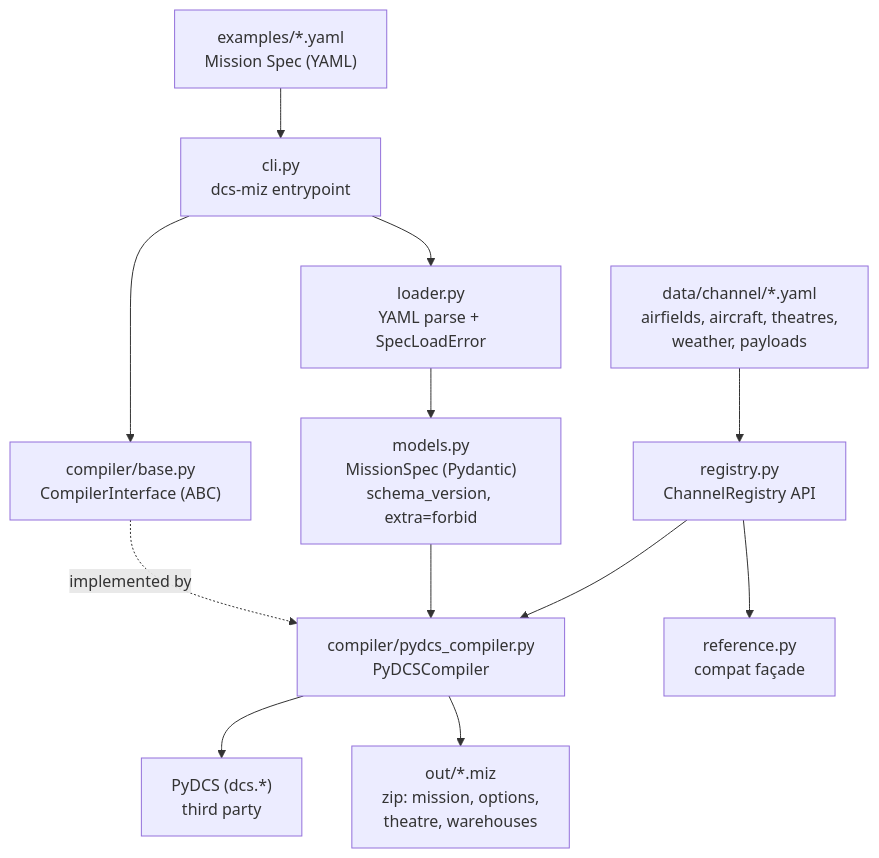
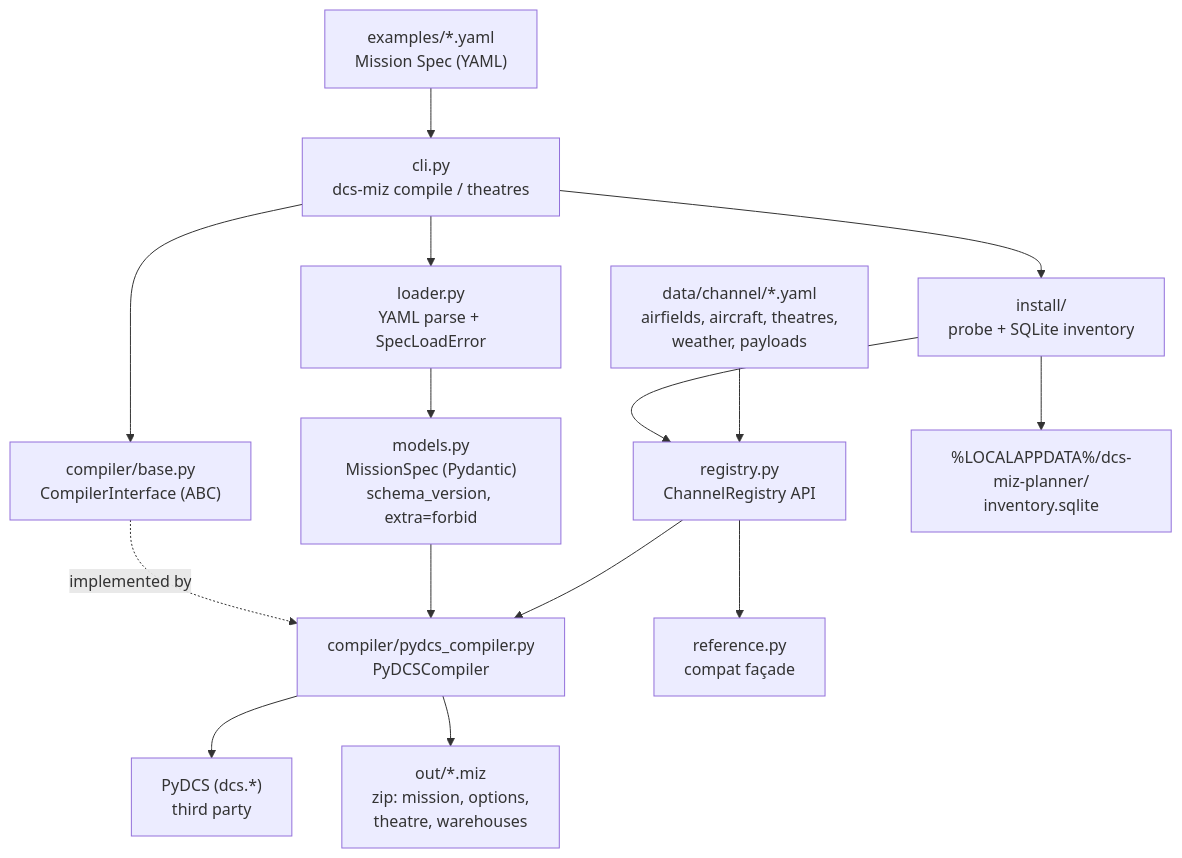
Before and after one commit to amalaguti/dcs-miz-planner-agentic: the diagram in docs/ARCHITECTURE.md, drawn with Mermaid. The commit also changed other lines of this file and 18 other files, not shown here.

First line of the commit message:
Add local DCS theatre probe with SQLite cache and on-demand refresh.

````diff
--- a/docs/ARCHITECTURE.md
+++ b/docs/ARCHITECTURE.md
@@ -12,24 +12,29 @@
 ```mermaid
 flowchart TD
     yaml["examples/*.yaml<br/>Mission Spec (YAML)"]
-    cli["cli.py<br/>dcs-miz entrypoint"]
+    cli["cli.py<br/>dcs-miz compile / theatres"]
     loader["loader.py<br/>YAML parse + SpecLoadError"]
     models["models.py<br/>MissionSpec (Pydantic)<br/>schema_version, extra=forbid"]
     base["compiler/base.py<br/>CompilerInterface (ABC)"]
     pydcs["compiler/pydcs_compiler.py<br/>PyDCSCompiler"]
     registry["registry.py<br/>ChannelRegistry API"]
     data["data/channel/*.yaml<br/>airfields, aircraft, theatres,<br/>weather, payloads"]
+    install["install/<br/>probe + SQLite inventory"]
+    invdb["%LOCALAPPDATA%/dcs-miz-planner/<br/>inventory.sqlite"]
     ref["reference.py<br/>compat façade"]
     lib["PyDCS (dcs.*)<br/>third party"]
     miz["out/*.miz<br/>zip: mission, options,<br/>theatre, warehouses"]
 
     yaml --> cli --> loader --> models
     cli --> base
+    cli --> install
+    install --> invdb
+    install --> registry
     base -.implemented by.-> pydcs
     models --> pydcs
     data --> registry
     registry --> pydcs
     registry --> ref
     pydcs --> lib
     pydcs --> miz
 ```
````
